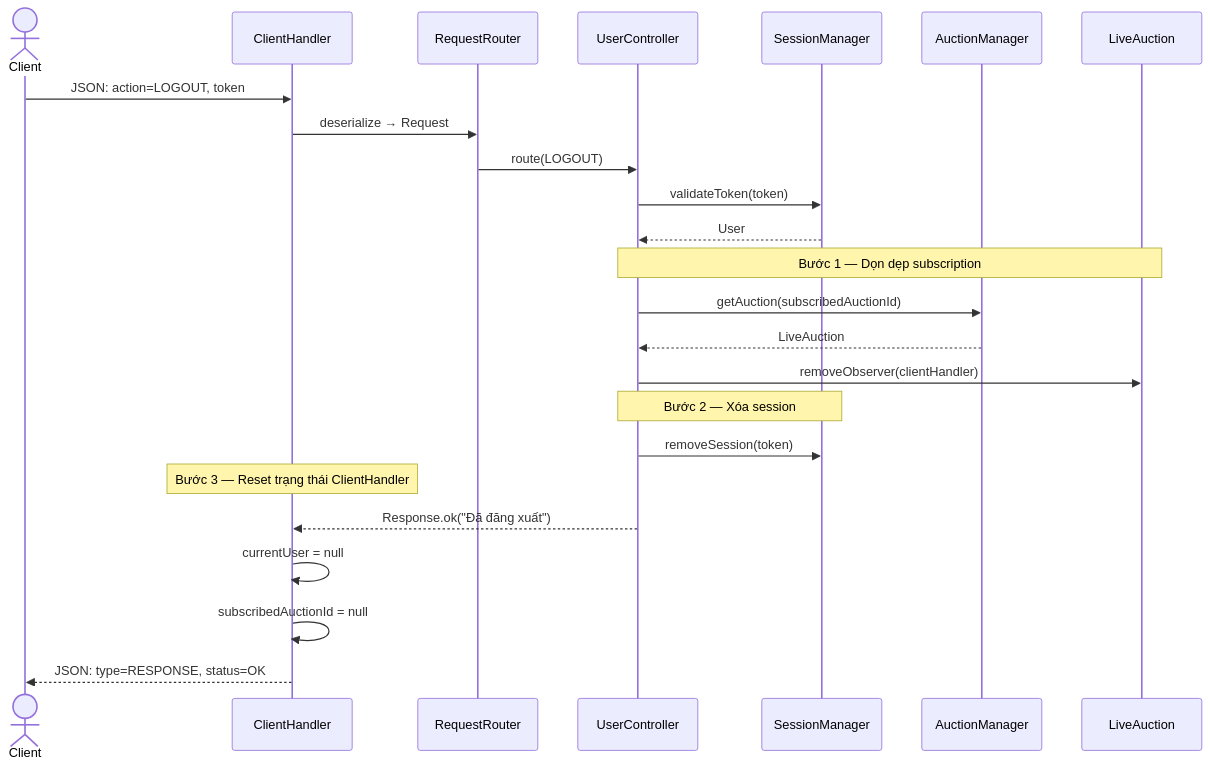
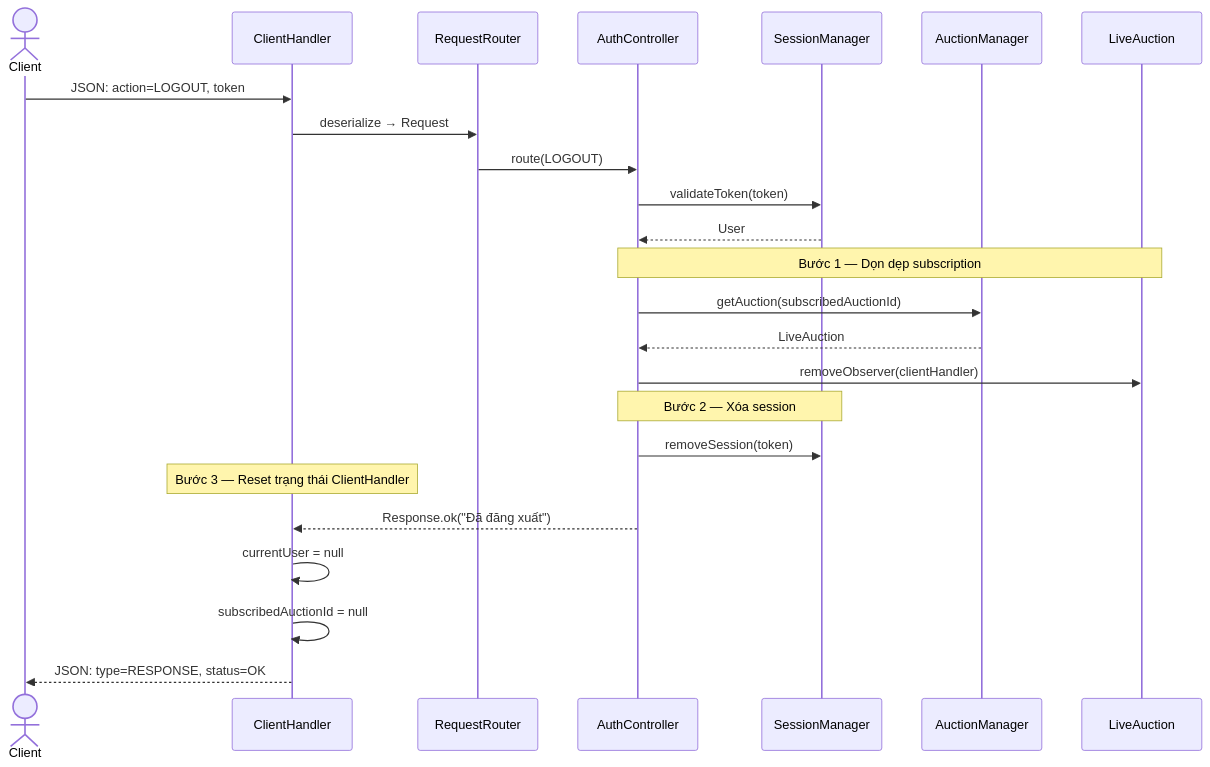
One commit to iTCuong090/AuctionUET changed the third of 4 diagrams in docs/diagrams_flow_auth.md. Above: the diagram before and after it, drawn with Mermaid. The commit also changed other lines of this file and 107 other files, not shown here.

````diff
--- a/docs/diagrams_flow_auth.md
+++ b/docs/diagrams_flow_auth.md
@@ -134,31 +134,31 @@
 ```mermaid
 sequenceDiagram
     actor Client
     participant CH as ClientHandler
     participant RR as RequestRouter
-    participant UC as UserController
+    participant ATC as AuthController
     participant SM as SessionManager
     participant AM as AuctionManager
     participant LA as LiveAuction
 
     Client->>CH: JSON: action=LOGOUT, token
     CH->>RR: deserialize → Request
-    RR->>UC: route(LOGOUT)
+    RR->>ATC: route(LOGOUT)
 
-    UC->>SM: validateToken(token)
-    SM-->>UC: User
+    ATC->>SM: validateToken(token)
+    SM-->>ATC: User
 
-    Note over UC,LA: Bước 1 — Dọn dẹp subscription
-    UC->>AM: getAuction(subscribedAuctionId)
-    AM-->>UC: LiveAuction
-    UC->>LA: removeObserver(clientHandler)
+    Note over ATC,LA: Bước 1 — Dọn dẹp subscription
+    ATC->>AM: getAuction(subscribedAuctionId)
+    AM-->>ATC: LiveAuction
+    ATC->>LA: removeObserver(clientHandler)
 
-    Note over UC,SM: Bước 2 — Xóa session
-    UC->>SM: removeSession(token)
+    Note over ATC,SM: Bước 2 — Xóa session
+    ATC->>SM: removeSession(token)
 
     Note over CH: Bước 3 — Reset trạng thái ClientHandler
-    UC-->>CH: Response.ok("Đã đăng xuất")
+    ATC-->>CH: Response.ok("Đã đăng xuất")
     CH->>CH: currentUser = null
     CH->>CH: subscribedAuctionId = null
     CH-->>Client: JSON: type=RESPONSE, status=OK
 ```
````
